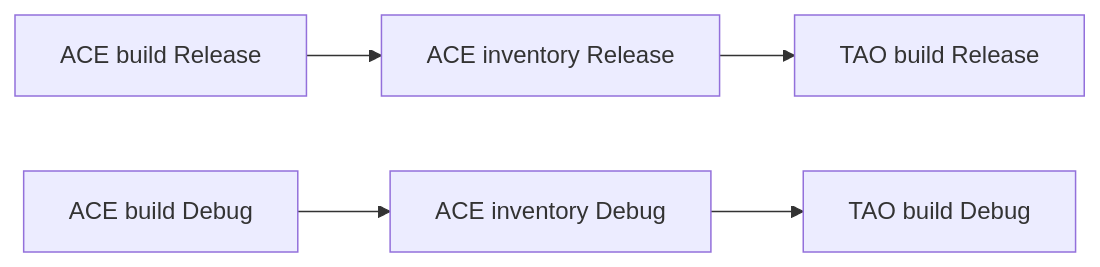
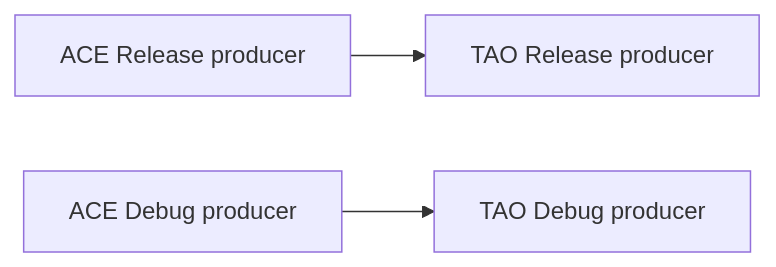
One commit to adeccscholar/BuildEngine-Admin changed the fourth of 10 diagrams in admin/server-docs/library-extensions.md. Above: the diagram before and after it, drawn with Mermaid. The commit also changed other lines of this file, not shown here.

Commit message:
Align extension docs with producer preparation and handoff barrier

````diff
--- a/admin/server-docs/library-extensions.md
+++ b/admin/server-docs/library-extensions.md
@@ -198,5 +195,5 @@
 ```mermaid
 flowchart LR
-    AR[ACE build Release] --> AIR[ACE inventory Release] --> TR[TAO build Release]
-    AD[ACE build Debug] --> AID[ACE inventory Debug] --> TD[TAO build Debug]
+    AR[ACE Release producer] --> TR[TAO Release producer]
+    AD[ACE Debug producer] --> TD[TAO Debug producer]
 ```
````
